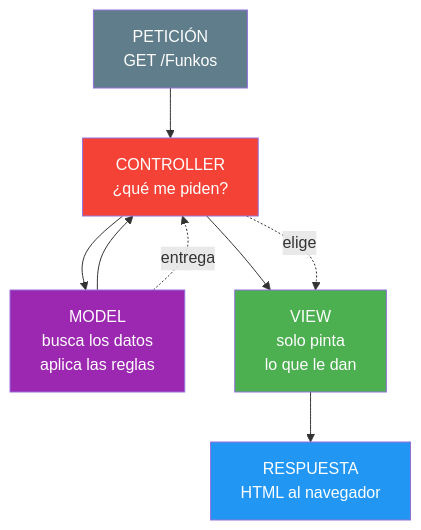
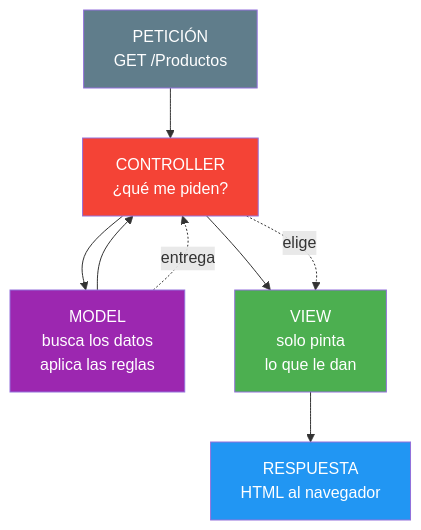
One commit to joseluisgs/DesarrolloWebEntornosServidor-03-2026-2027 changed the second of 5 diagrams in 07-mvc-arquitectura.md. Above: the diagram before and after it, drawn with Mermaid. The commit also changed other lines of this file, not shown here.

Commit message:
fix: revisar 07 segun el esquema de UD02: Resumen sin diagrama, estilo de redaccion y Productos fuera del Reto

````diff
--- a/07-mvc-arquitectura.md
+++ b/07-mvc-arquitectura.md
@@ -140,17 +143,17 @@
 ```mermaid
 graph TD
-    A["PETICIÓN<br/>GET /Funkos"] --> C["CONTROLLER<br/>¿qué me piden?"]
+    A["PETICIÓN<br/>GET /Productos"] --> C["CONTROLLER<br/>¿qué me piden?"]
     C --> M["MODEL<br/>busca los datos<br/>aplica las reglas"]
     M --> C
     C --> V["VIEW<br/>solo pinta<br/>lo que le dan"]
     V --> R["RESPUESTA<br/>HTML al navegador"]
 
     C -.->|"elige"| V
     M -.->|"entrega"| C
 
     style A fill:#607D8B,color:#fff
     style C fill:#f44336,color:#fff
     style M fill:#9C27B0,color:#fff
     style V fill:#4CAF50,color:#fff
     style R fill:#2196F3,color:#fff
 ```
````
